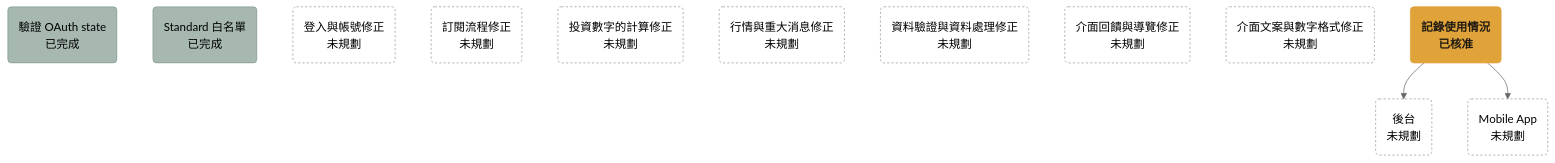
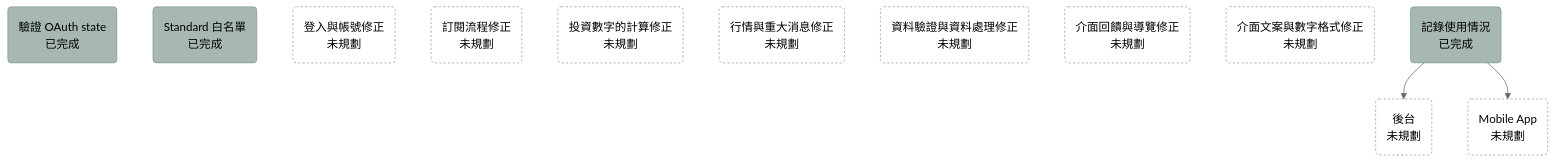
Before and after one commit to bingyangchen/taigu: the diagram in docs/plans/roadmap.md, drawn with Mermaid (neutral theme). The commit also changed other lines of this file and 33 other files, not shown here.

````diff
--- a/docs/plans/roadmap.md
+++ b/docs/plans/roadmap.md
@@ -7,20 +7,20 @@
 ```mermaid
 flowchart TD
   oauth_state_check("驗證 OAuth state<br/>已完成"):::done
   standard_whitelist("Standard 白名單<br/>已完成"):::done
   login_account_fixes("登入與帳號修正<br/>未規劃"):::unplanned
   billing_fixes("訂閱流程修正<br/>未規劃"):::unplanned
   calculation_fixes("投資數字的計算修正<br/>未規劃"):::unplanned
   market_data_fixes("行情與重大消息修正<br/>未規劃"):::unplanned
   data_fixes("資料驗證與資料處理修正<br/>未規劃"):::unplanned
   ui_feedback_fixes("介面回饋與導覽修正<br/>未規劃"):::unplanned
   copy_fixes("介面文案與數字格式修正<br/>未規劃"):::unplanned
-  usage_recording("記錄使用情況<br/>已核准"):::approved
+  usage_recording("記錄使用情況<br/>已完成"):::done
   admin_console("後台<br/>未規劃"):::unplanned
   mobile_app("Mobile App<br/>未規劃"):::unplanned
   usage_recording --> admin_console
   usage_recording --> mobile_app
   classDef done fill:#4f726280,stroke:#4f726280
   classDef approved fill:#e0a33a,stroke:#e0a33a,color:#1f1a12,font-weight:bold
   classDef unplanned fill:none,stroke:#9a978f,stroke-dasharray:3 3
 ```
````
